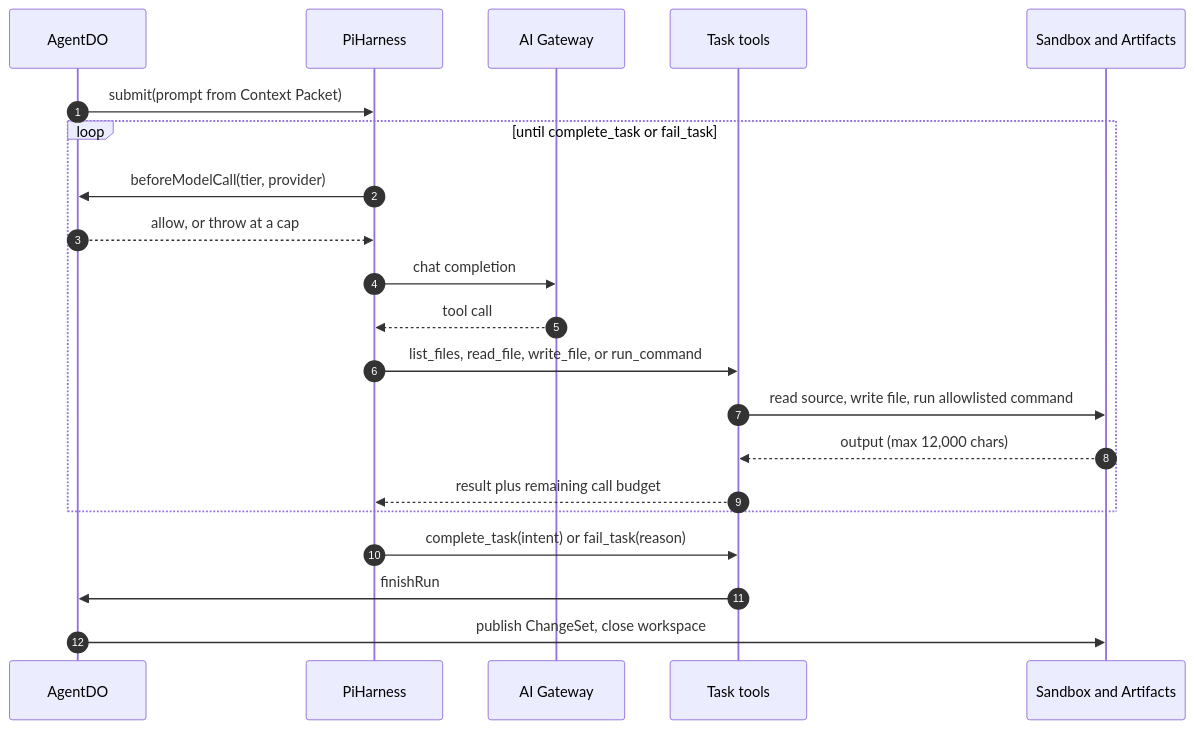
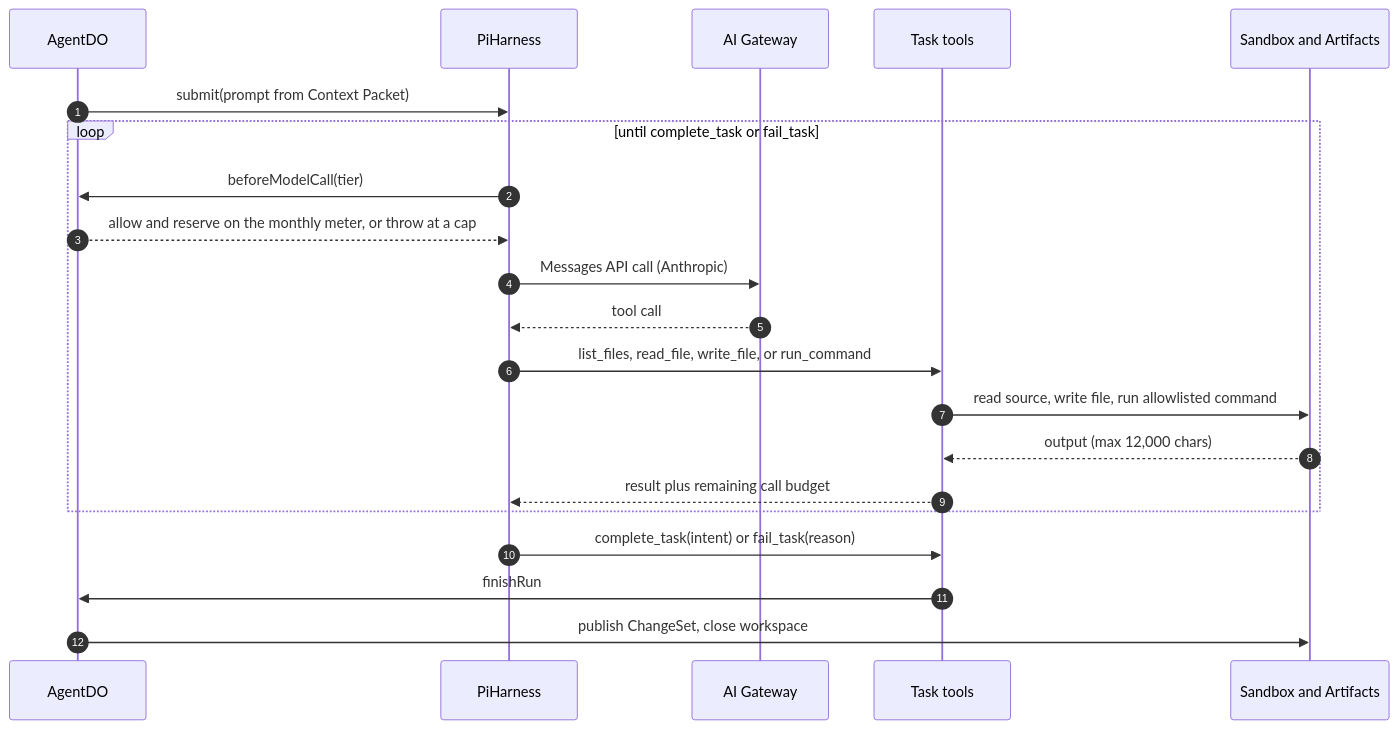
Before and after one commit to nsudhanva/rhumbatron: the second of 7 diagrams in docs/architecture/agents-and-models.md, drawn with Mermaid. The commit also changed other lines of this file and 8 other files, not shown here.

Commit message:
docs(docs): add adr 0021 for anthropic as the model provider and update cost docs

````diff
--- a/docs/architecture/agents-and-models.md
+++ b/docs/architecture/agents-and-models.md
@@ -60,24 +60,24 @@
 ```mermaid
 sequenceDiagram
   autonumber
   participant A as AgentDO
   participant Pi as PiHarness
   participant GW as AI Gateway
   participant T as Task tools
   participant SBX as Sandbox and Artifacts
 
   A->>Pi: submit(prompt from Context Packet)
   loop until complete_task or fail_task
-    Pi->>A: beforeModelCall(tier, provider)
-    A-->>Pi: allow, or throw at a cap
-    Pi->>GW: chat completion
+    Pi->>A: beforeModelCall(tier)
+    A-->>Pi: allow and reserve on the monthly meter, or throw at a cap
+    Pi->>GW: Messages API call (Anthropic)
     GW-->>Pi: tool call
     Pi->>T: list_files, read_file, write_file, or run_command
     T->>SBX: read source, write file, run allowlisted command
     SBX-->>T: output (max 12,000 chars)
     T-->>Pi: result plus remaining call budget
   end
   Pi->>T: complete_task(intent) or fail_task(reason)
   T->>A: finishRun
   A->>SBX: publish ChangeSet, close workspace
 ```
````
